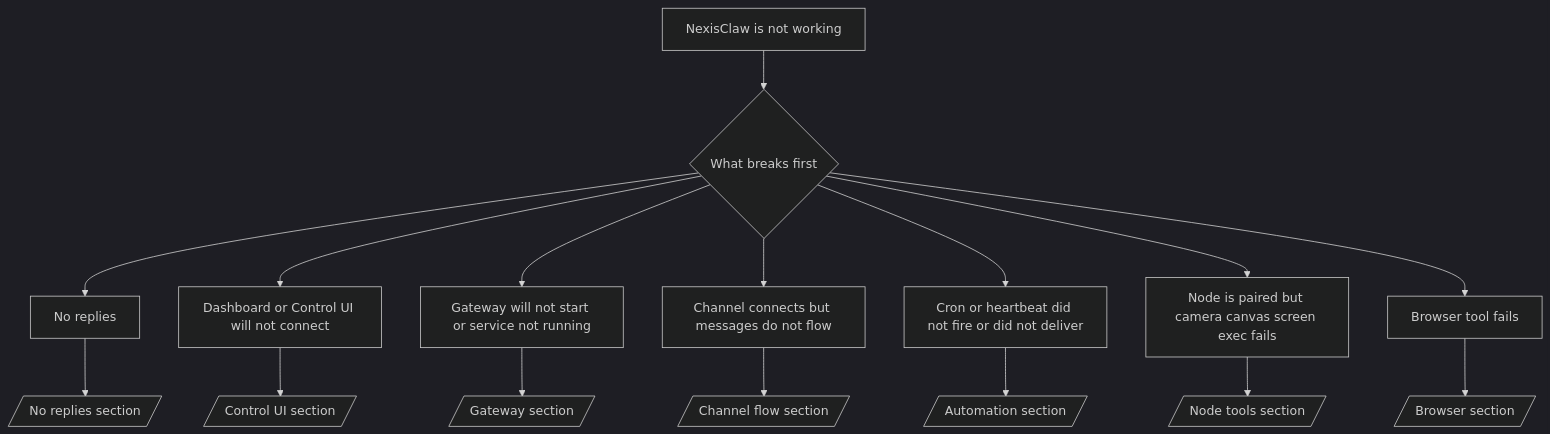
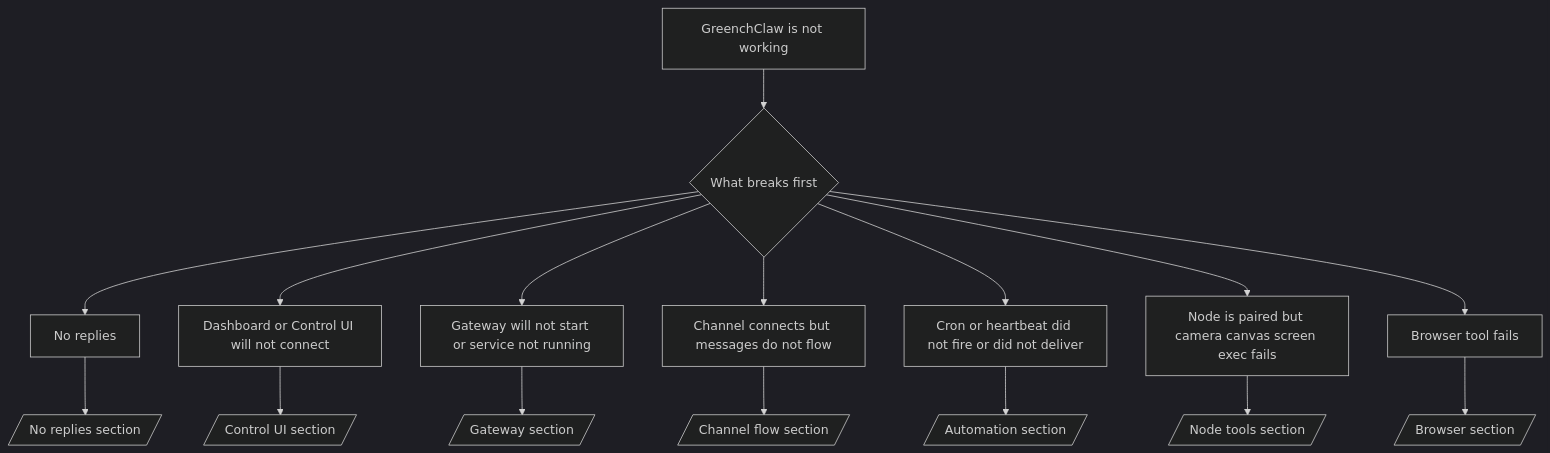
The diagram in docs/help/troubleshooting.md (greench-ai/greench-claw), drawn with Mermaid (dark theme) before and after one commit. The commit also changed other lines of this file and 9467 other files, not shown here.

````diff
--- a/docs/help/troubleshooting.md
+++ b/docs/help/troubleshooting.md
@@ -119,19 +119,19 @@
 ```mermaid
 flowchart TD
-  A[NexisClaw is not working] --> B{What breaks first}
+  A[GreenchClaw is not working] --> B{What breaks first}
   B --> C[No replies]
   B --> D[Dashboard or Control UI will not connect]
   B --> E[Gateway will not start or service not running]
   B --> F[Channel connects but messages do not flow]
   B --> G[Cron or heartbeat did not fire or did not deliver]
   B --> H[Node is paired but camera canvas screen exec fails]
   B --> I[Browser tool fails]
 
   C --> C1[/No replies section/]
   D --> D1[/Control UI section/]
   E --> E1[/Gateway section/]
   F --> F1[/Channel flow section/]
   G --> G1[/Automation section/]
   H --> H1[/Node tools section/]
   I --> I1[/Browser section/]
 ```
````
